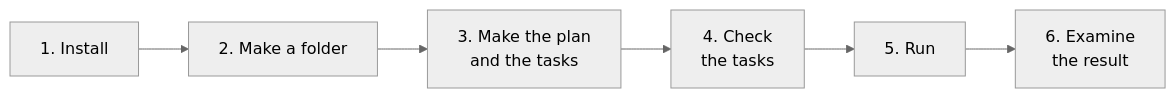
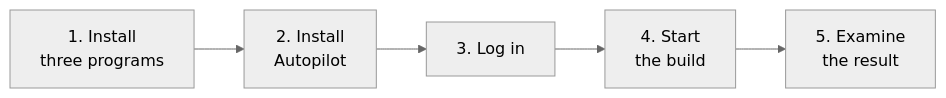
One commit to manishjnv/AutoPilot changed the diagram in GUIDE.md. Above: the diagram before and after it, drawn with Mermaid (neutral theme). The commit also changed other lines of this file and 4 other files, not shown here.

First line of the commit message:
docs(guide): a shorter tutorial with no Node.js and one start command (H1)

````diff
--- a/GUIDE.md
+++ b/GUIDE.md
@@ -12,6 +12,6 @@
 ```mermaid
 flowchart LR
-    accTitle: The tutorial in six steps
-    accDescr: Install, make a folder, make the plan and the tasks, check the tasks, run, then examine the result.
-    A["1. Install"] --> B["2. Make a folder"] --> C["3. Make the plan<br/>and the tasks"] --> D["4. Check<br/>the tasks"] --> E["5. Run"] --> F["6. Examine<br/>the result"]
+    accTitle: The tutorial in five steps
+    accDescr: Install three programs, install Autopilot, log in, start the build, then examine the result.
+    A["1. Install<br/>three programs"] --> B["2. Install<br/>Autopilot"] --> C["3. Log in"] --> D["4. Start<br/>the build"] --> E["5. Examine<br/>the result"]
 ```
````
